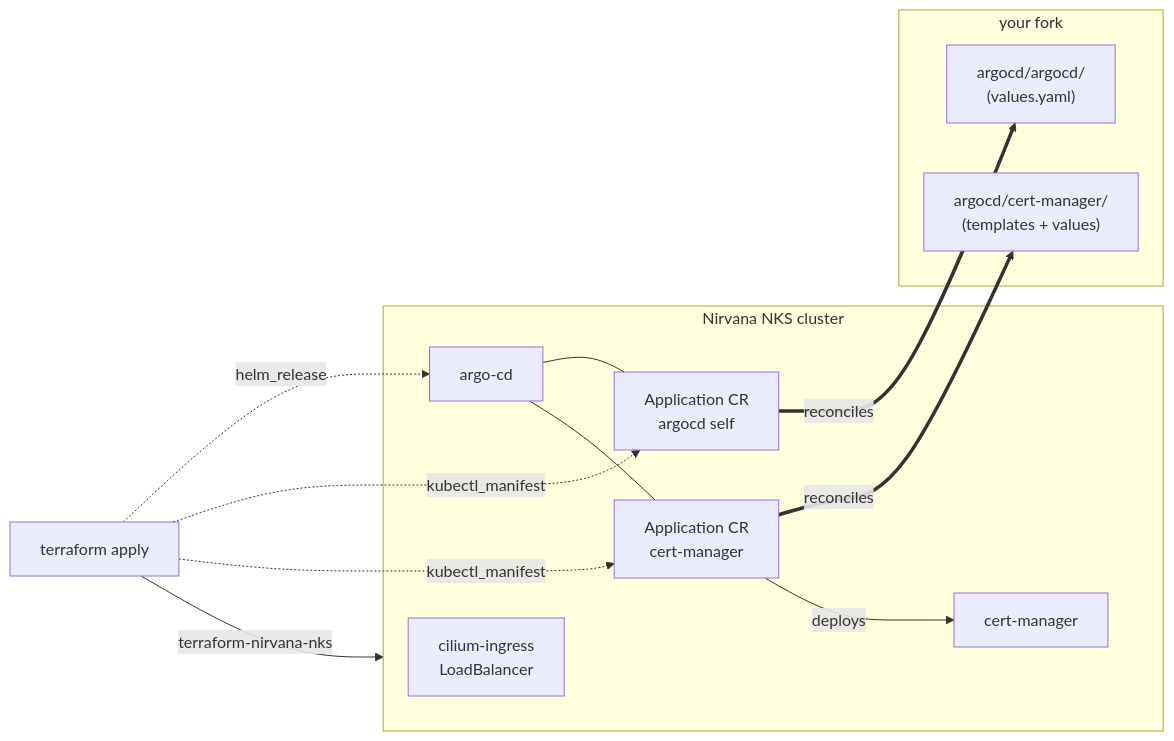
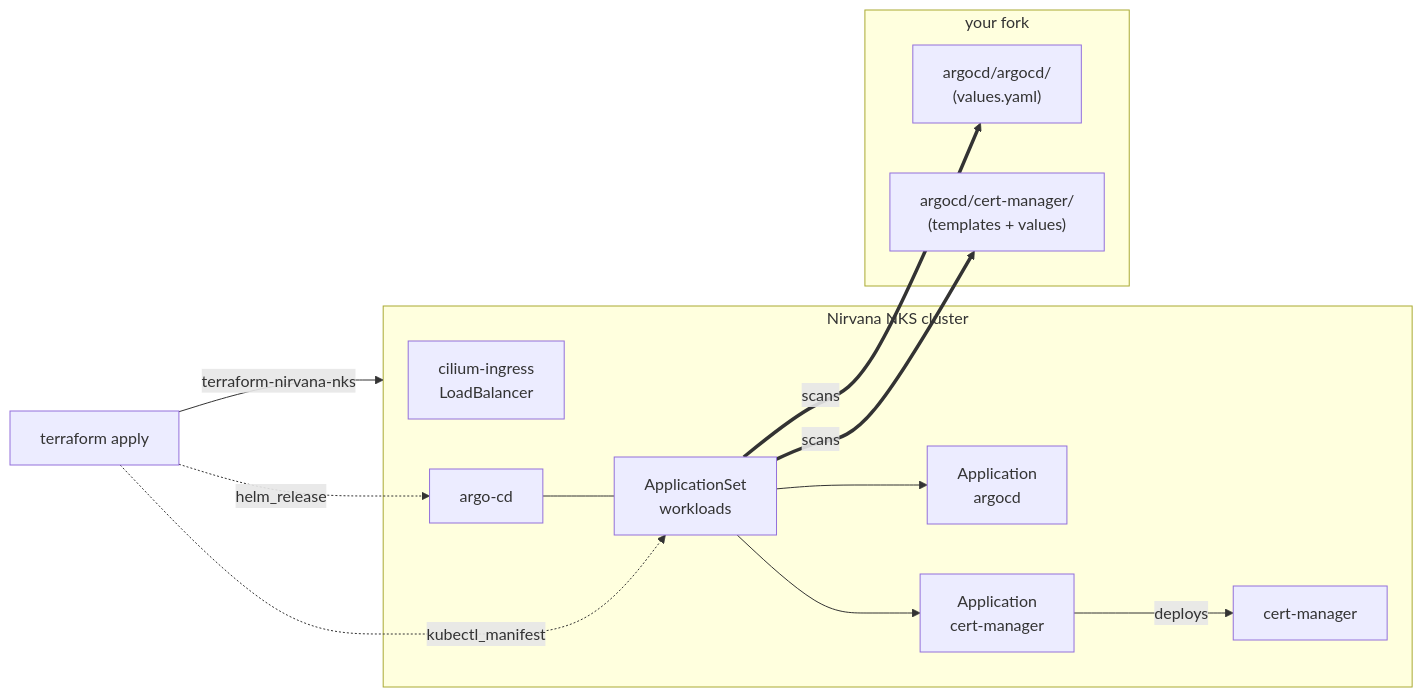
One commit to nirvana-labs-examples/argocd-gitops-nks changed the diagram in README.md. Above: the diagram before and after it, drawn with Mermaid. The commit also changed other lines of this file and 4 other files, not shown here.

````diff
--- a/README.md
+++ b/README.md
@@ -19,27 +19,28 @@
 ```mermaid
 flowchart LR
     tf[terraform apply]
 
     subgraph cluster["Nirvana NKS cluster"]
         ingress[cilium-ingress<br/>LoadBalancer]
         certmgr[cert-manager]
         argocd[argo-cd]
-        app_self[Application CR<br/>argocd self]
-        app_cm[Application CR<br/>cert-manager]
-        argocd --- app_self
-        argocd --- app_cm
+        appset[ApplicationSet<br/>workloads]
+        app_self[Application<br/>argocd]
+        app_cm[Application<br/>cert-manager]
+        argocd --- appset
+        appset --> app_self
+        appset --> app_cm
     end
 
     subgraph fork["your fork"]
         vals["argocd/argocd/<br/>(values.yaml)"]
         cm["argocd/cert-manager/<br/>(templates + values)"]
     end
 
     tf -- "terraform-nirvana-nks" --> cluster
     tf -. "helm_release" .-> argocd
-    tf -. "kubectl_manifest" .-> app_self
-    tf -. "kubectl_manifest" .-> app_cm
-    app_self == "reconciles" ==> vals
-    app_cm == "reconciles" ==> cm
+    tf -. "kubectl_manifest" .-> appset
+    appset == "scans" ==> vals
+    appset == "scans" ==> cm
     app_cm -- "deploys" --> certmgr
 ```
````
